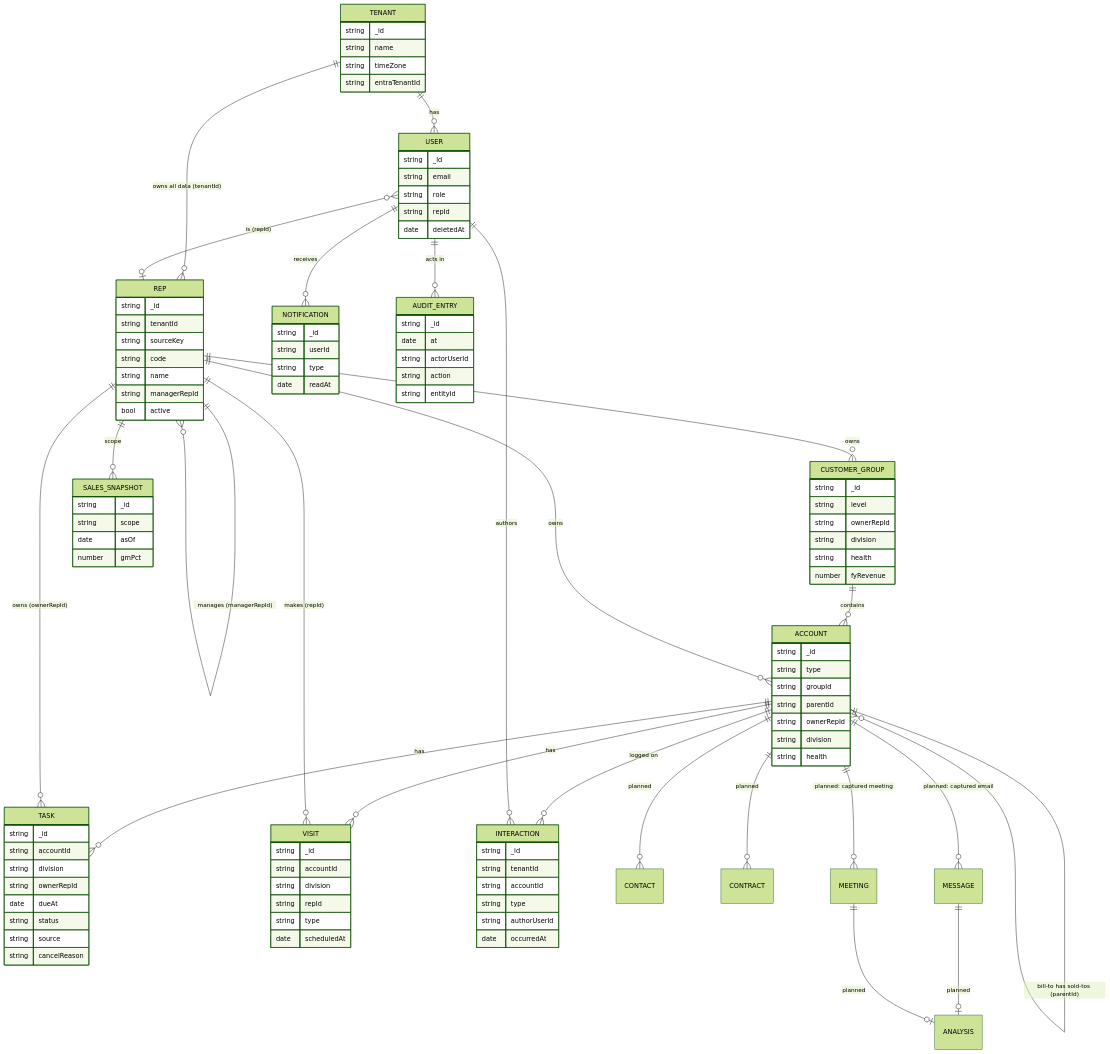
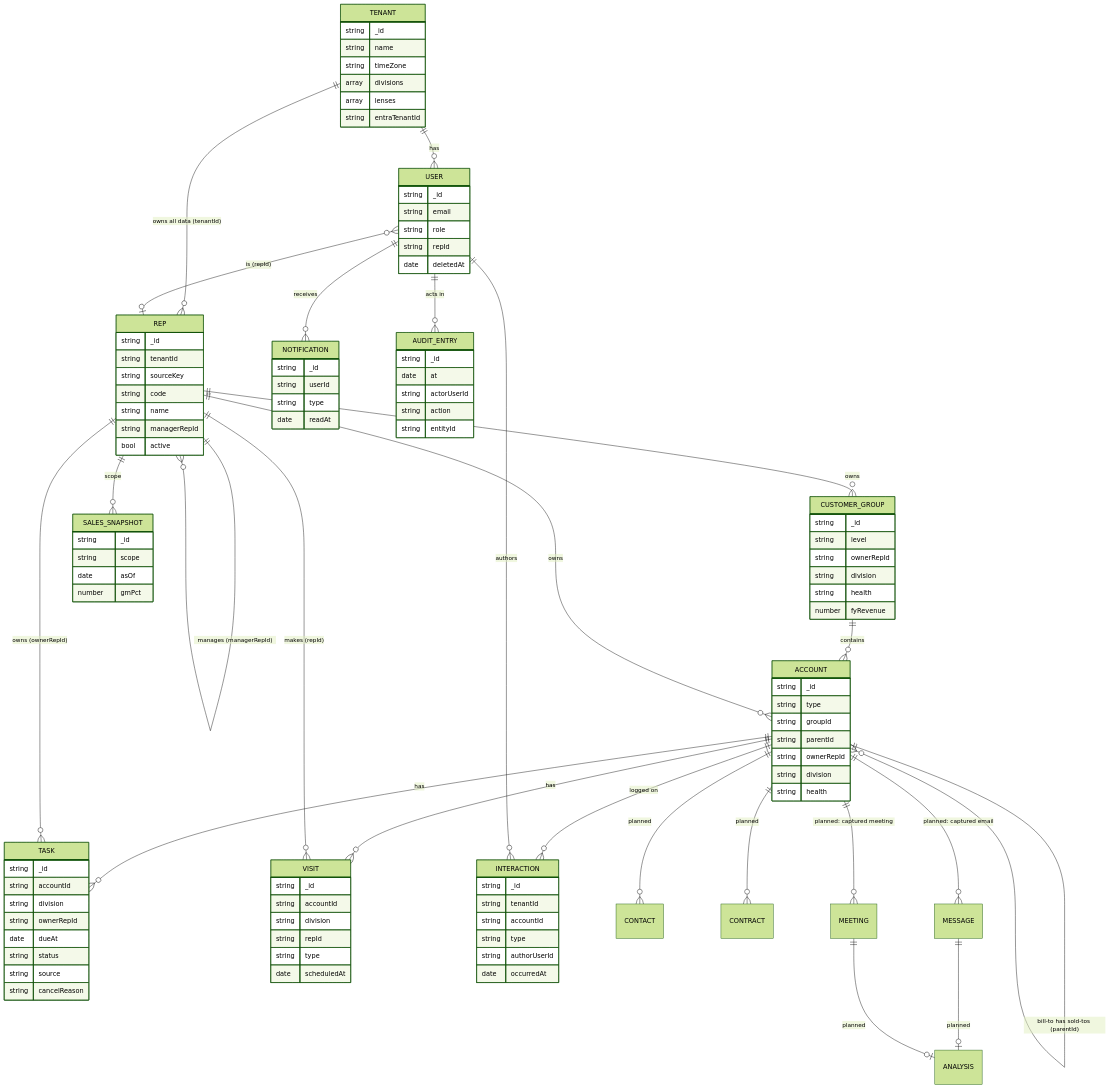
The diagram in docs/architecture/data-model.md (sonishivam1/ambient-crm), drawn with Mermaid (forest theme) before and after one commit. The commit also changed other lines of this file and 40 other files, not shown here.

First line of the commit message:
feat(tenancy): per-tenant divisions, lenses and time zone

```diff
--- a/docs/architecture/data-model.md
+++ b/docs/architecture/data-model.md
@@ -51,6 +51,8 @@
     string _id
     string name
     string timeZone
+    array divisions
+    array lenses
     string entraTenantId
   }
   REP {
```
